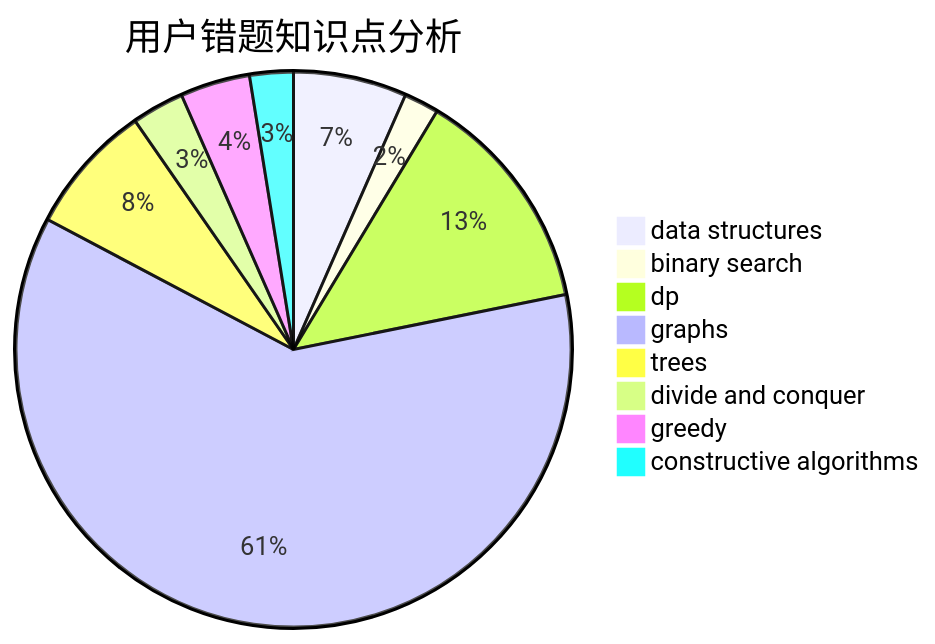
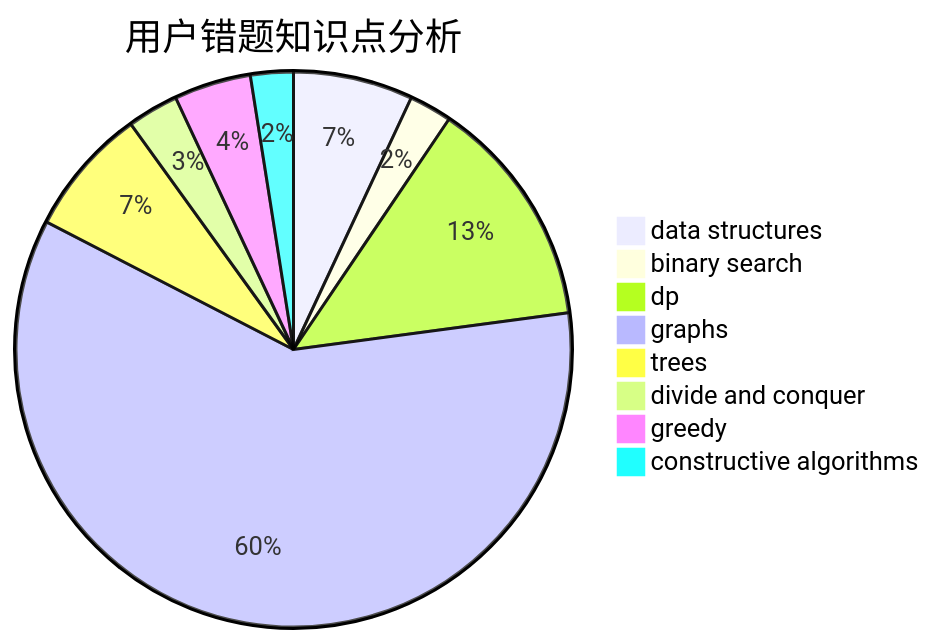
Before and after one commit to sherpahu/cfrs.github.io: the third of 3 diagrams in docs/user/u1988.md, drawn with Mermaid. The commit also changed other lines of this file and 2770 other files, not shown here.

````diff
--- a/docs/user/u1988.md
+++ b/docs/user/u1988.md
@@ -36,11 +36,11 @@
 ```mermaid
 pie title 用户错题知识点分析
-    "data structures" :  13
-    "binary search" :  4
-    "dp" :  26
+    "data structures" :  14
+    "binary search" :  5
+    "dp" :  27
     "graphs" :  120
     "trees" :  15
     "divide and conquer" :  6
-    "greedy" :  8
+    "greedy" :  9
     "constructive algorithms" :  5
 ```
````
